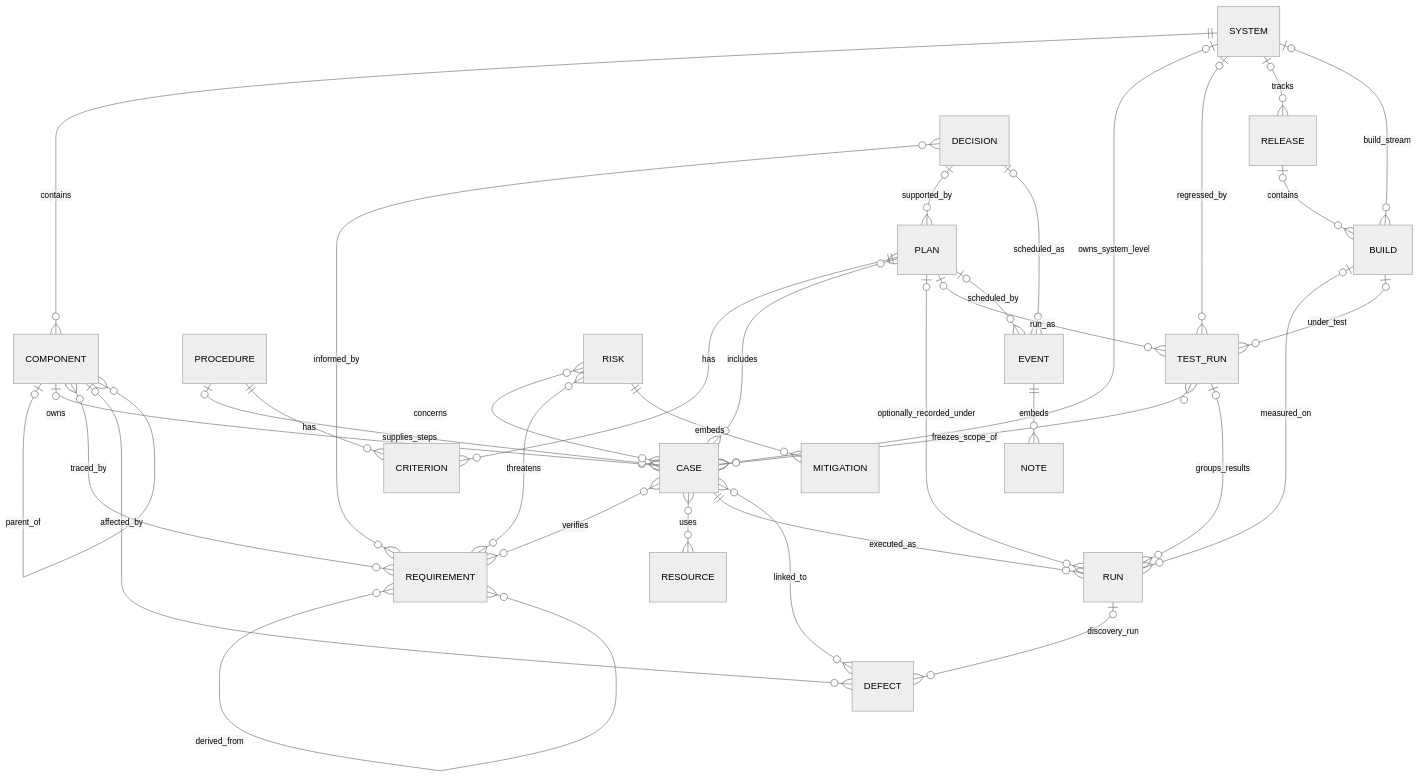
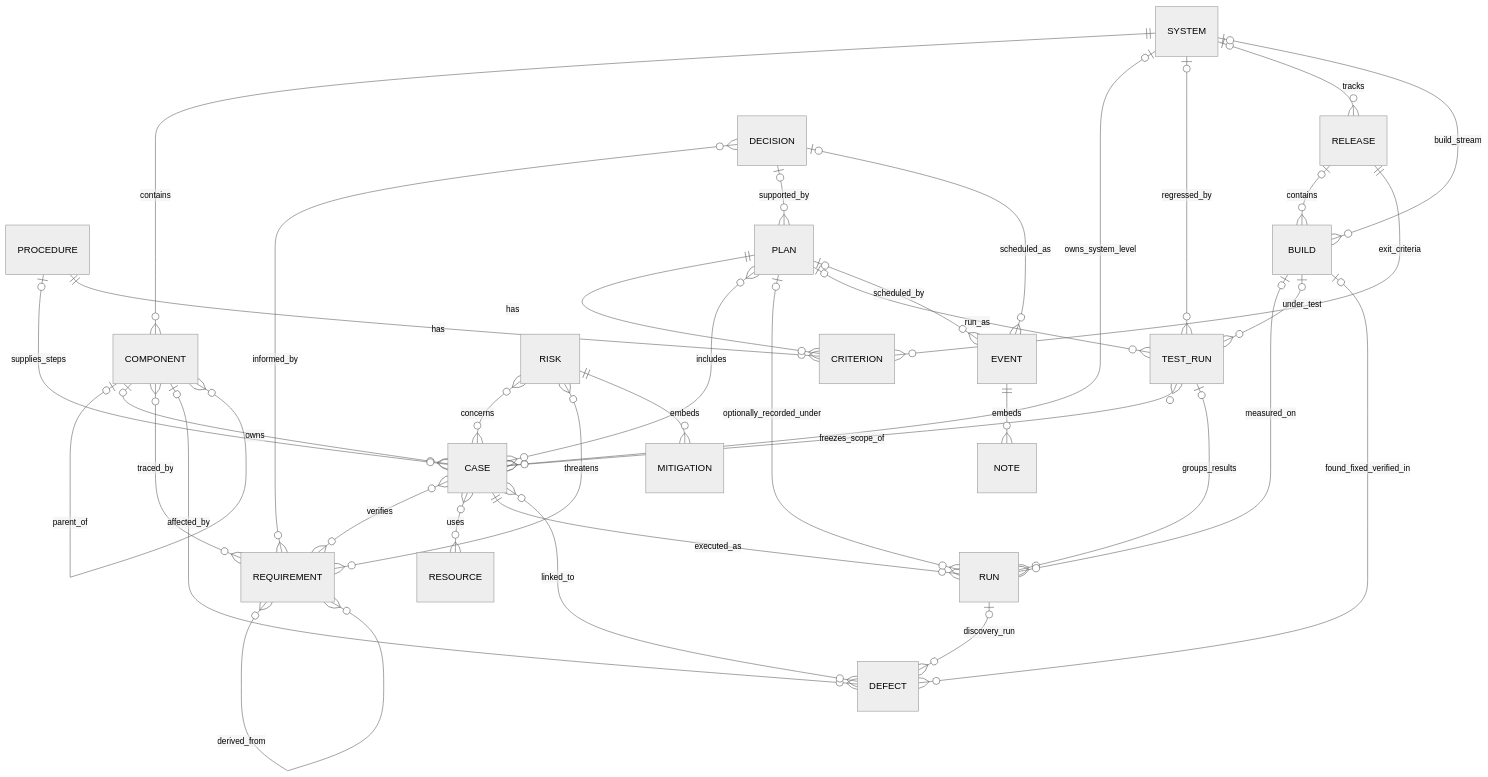
One commit to the6thdimension/MSM-1-Console changed the third of 6 diagrams in docs/ARCHITECTURE.md. Above: the diagram before and after it, drawn with Mermaid (neutral theme). The commit also changed 12 other files, not shown here.

````diff
--- a/docs/ARCHITECTURE.md
+++ b/docs/ARCHITECTURE.md
@@ -68,37 +68,39 @@
 ```mermaid
 erDiagram
   SYSTEM ||--o{ COMPONENT : contains
   COMPONENT o|--o{ COMPONENT : parent_of
   COMPONENT o|--o{ CASE : owns
   SYSTEM o|--o{ CASE : owns_system_level
   COMPONENT }o--o{ REQUIREMENT : traced_by
   REQUIREMENT }o--o{ REQUIREMENT : derived_from
   PROCEDURE o|--o{ CASE : supplies_steps
   PROCEDURE ||--o{ CRITERION : has
   PLAN ||--o{ CRITERION : has
   CASE }o--o{ REQUIREMENT : verifies
   CASE }o--o{ RESOURCE : uses
   PLAN }o--o{ CASE : includes
   CASE ||--o{ RUN : executed_as
   PLAN o|--o{ RUN : optionally_recorded_under
   PLAN o|--o{ TEST_RUN : run_as
   SYSTEM o|--o{ TEST_RUN : regressed_by
   TEST_RUN }o--o{ CASE : freezes_scope_of
   TEST_RUN o|--o{ RUN : groups_results
   SYSTEM o|--o{ RELEASE : tracks
   SYSTEM o|--o{ BUILD : build_stream
   RELEASE o|--o{ BUILD : contains
   BUILD o|--o{ RUN : measured_on
   BUILD o|--o{ TEST_RUN : under_test
+  BUILD o|--o{ DEFECT : found_fixed_verified_in
+  RELEASE ||--o{ CRITERION : exit_criteria
   COMPONENT o|--o{ DEFECT : affected_by
   CASE }o--o{ DEFECT : linked_to
   RUN o|--o{ DEFECT : discovery_run
   RISK }o--o{ CASE : concerns
   RISK }o--o{ REQUIREMENT : threatens
   RISK ||--o{ MITIGATION : embeds
   DECISION }o--o{ REQUIREMENT : informed_by
   DECISION o|--o{ PLAN : supported_by
   DECISION o|--o{ EVENT : scheduled_as
   PLAN o|--o{ EVENT : scheduled_by
   EVENT ||--o{ NOTE : embeds
 ```
````
